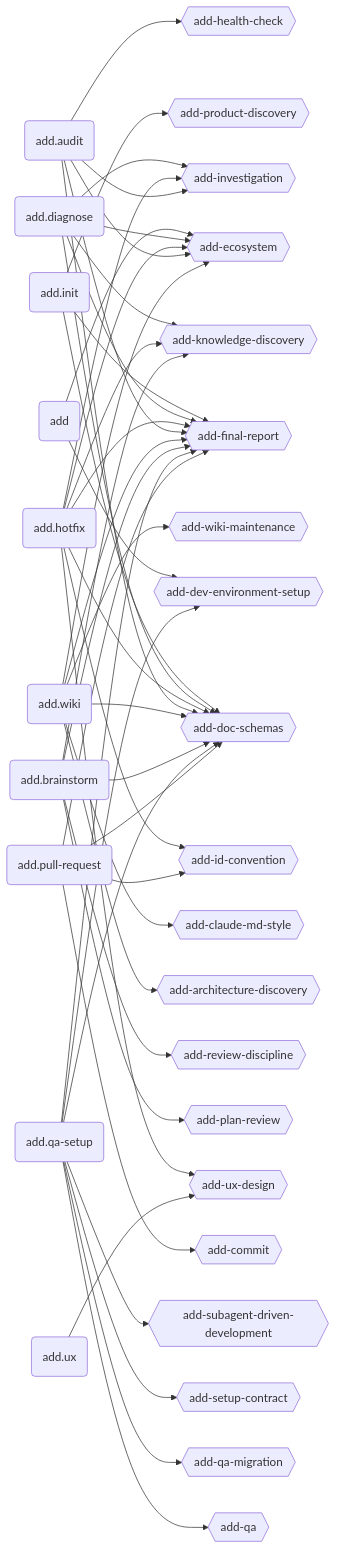
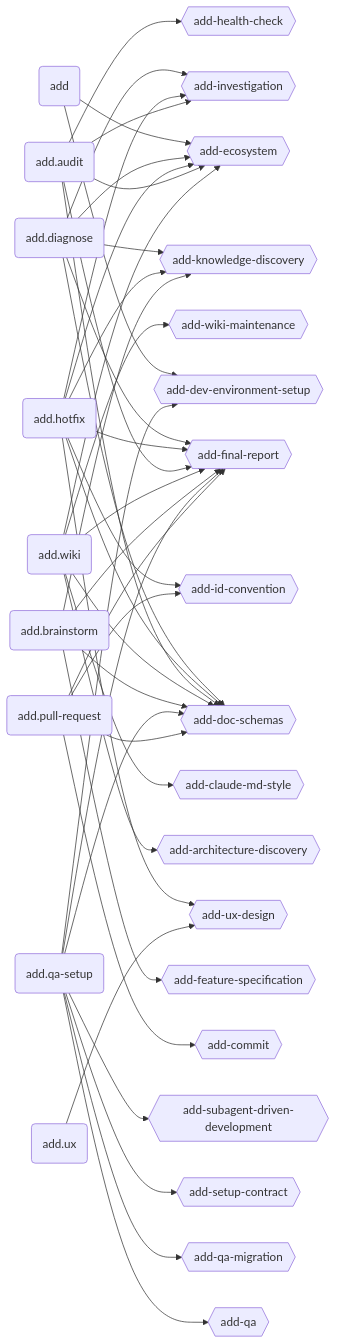
One commit to brabos-ai/code-addiction changed the second of 3 diagrams in ecosystem.md. Above: the diagram before and after it, drawn with Mermaid. The commit also changed other lines of this file and 5 other files, not shown here.

````diff
--- a/ecosystem.md
+++ b/ecosystem.md
@@ -48,45 +48,41 @@
 ```mermaid
 graph LR
   ADD(add)
-  INIT(add.init)
   DIAGNOSE(add.diagnose)
   HOTFIX(add.hotfix)
   AUDIT(add.audit)
   WIKI(add.wiki)
   BRAINSTORM(add.brainstorm)
   UX(add.ux)
   QASETUP(add.qa-setup)
   PULLREQUEST(add.pull-request)
 
   ARDI{{add-architecture-discovery}}
   CLMDST{{add-claude-md-style}}
   CO{{add-commit}}
   DEENSE{{add-dev-environment-setup}}
   DOSC{{add-doc-schemas}}
   EC{{add-ecosystem}}
+  FESP{{add-feature-specification}}
   FINR{{add-final-report}}
   HECH{{add-health-check}}
   IDCO{{add-id-convention}}
   IN{{add-investigation}}
   KNDI{{add-knowledge-discovery}}
-  PRDI{{add-product-discovery}}
-  PRV{{add-plan-review}}
   QA{{add-qa}}
   QAMI{{add-qa-migration}}
-  RVDI{{add-review-discipline}}
   SECO{{add-setup-contract}}
   SDDA{{add-subagent-driven-development}}
   UXDE{{add-ux-design}}
   WIMA{{add-wiki-maintenance}}
 
   ADD --> DEENSE & EC
-  INIT --> DOSC & FINR & PRDI
   DIAGNOSE --> DOSC & EC & FINR & IN & KNDI
   HOTFIX --> DOSC & EC & FINR & IDCO & IN & KNDI & UXDE
   AUDIT --> DOSC & EC & FINR & HECH & IN
   WIKI --> ARDI & CLMDST & DOSC & EC & FINR & WIMA
-  BRAINSTORM --> DOSC & FINR & KNDI & PRV & RVDI
+  BRAINSTORM --> DOSC & FESP & FINR & KNDI
   UX --> UXDE
   QASETUP --> DEENSE & DOSC & FINR & QA & QAMI & SECO & SDDA
   PULLREQUEST --> CO & DOSC & FINR & IDCO
 ```
````
